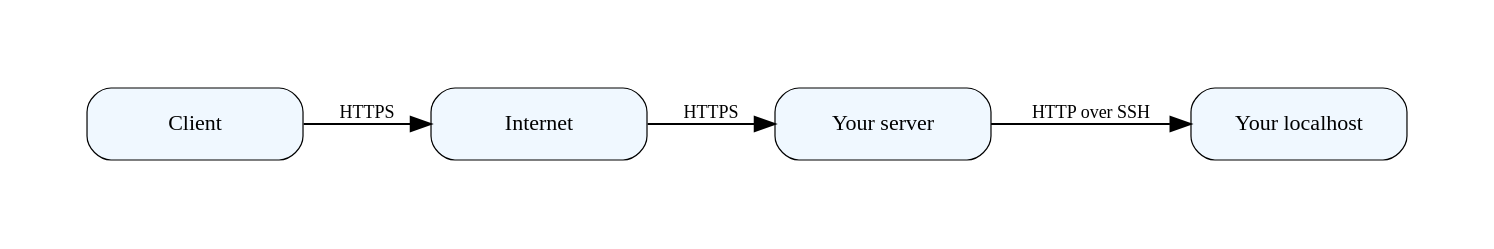
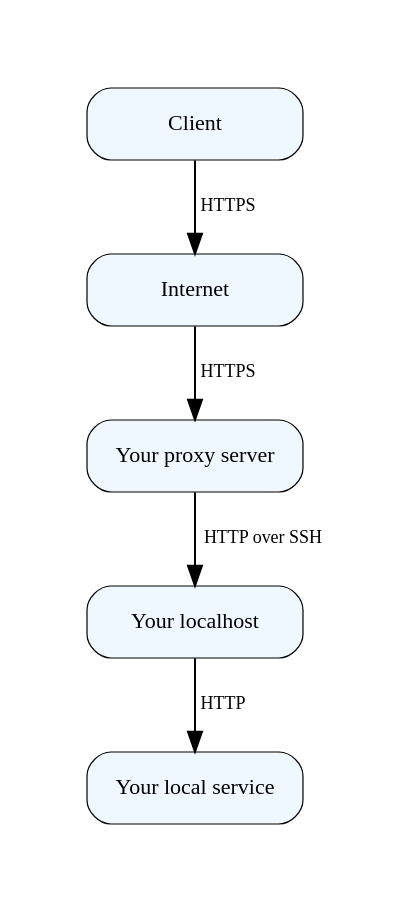
The diagram in diagrams/diagram.dot (igrmk/procto), drawn with Graphviz before and after one commit. The commit also changed 1 other file, not shown here.

Commit message:
diagram updated

```diff
--- a/diagrams/diagram.dot
+++ b/diagrams/diagram.dot
@@ -1,24 +1,25 @@
 digraph {
-    rankdir = LR
     pad = 0.5
     bgcolor = white
     node [penwidth = 0.6]
     node [fontname = "Jetbrains Mono"]
     edge [fontname = "Jetbrains Mono"]
     node [fontsize = 11]
     edge [fontsize = 9]
     node [width = 1.5]
     node [fillcolor = aliceblue]
     node [imagescale = true]
     node [shape = record]
     node [style = "filled, rounded"]
 
     Client
     Internet
-    Server [label = "Your server"]
+    Server [label = "Your proxy server"]
     Localhost [label = "Your localhost"]
+    Service [label = "Your local service"]
 
-    Client -> Internet [label = "HTTPS"]
-    Internet -> Server [label = "HTTPS"]
-    Server -> Localhost [label = "HTTP over SSH"]
+    Client -> Internet [label = " HTTPS "]
+    Internet -> Server [label = " HTTPS "]
+    Server -> Localhost [label = " HTTP over SSH "]
+    Localhost -> Service [label = " HTTP "]
 }
```
